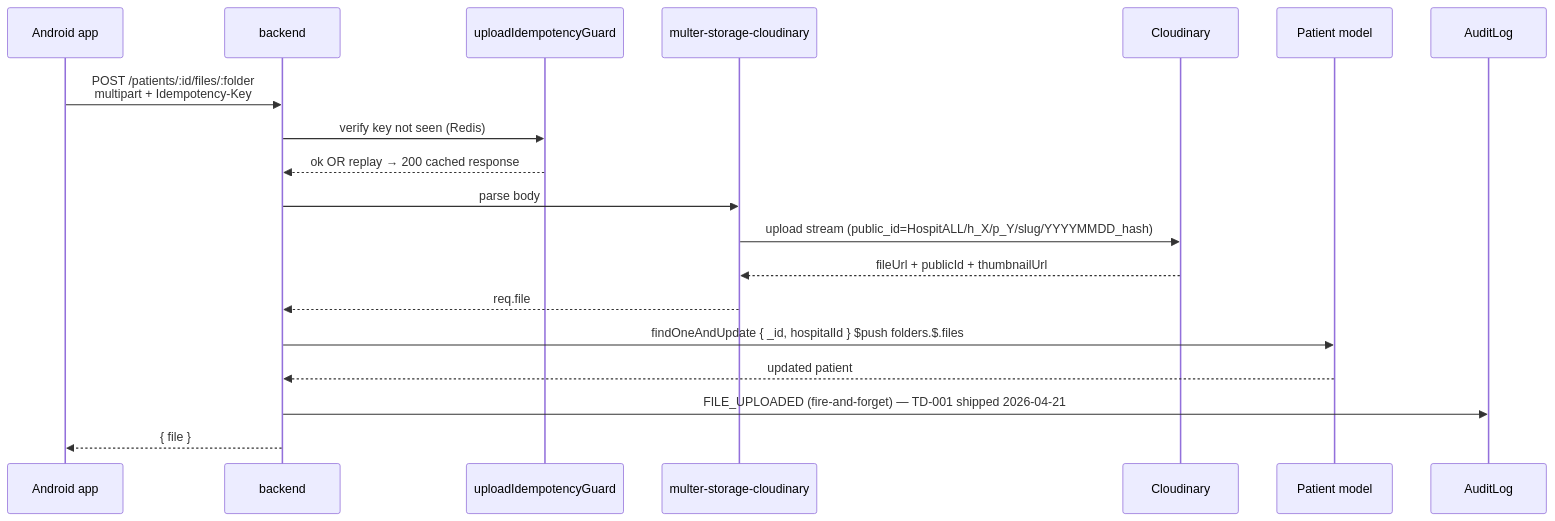
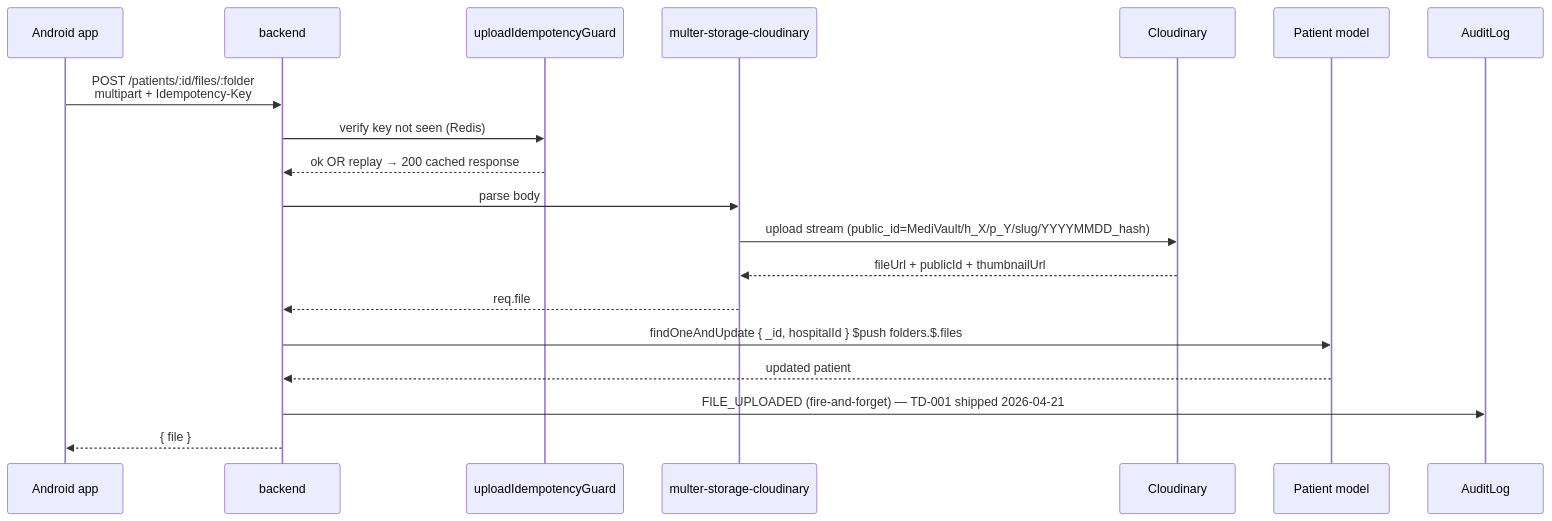
Before and after one commit to urvagandhi/Hospital-Management: the eighth of 30 diagrams in docs/audit/03-architecture-diagrams.md, drawn with Mermaid. The commit also changed other lines of this file and 30 other files, not shown here.

Commit message:
Rename HospitALL to MediVault

````diff
--- a/docs/audit/03-architecture-diagrams.md
+++ b/docs/audit/03-architecture-diagrams.md
@@ -350,22 +350,22 @@
 ```mermaid
 sequenceDiagram
   participant M as Android app
   participant API as backend
   participant IG as uploadIdempotencyGuard
   participant MU as multer-storage-cloudinary
   participant CL as Cloudinary
   participant PT as Patient model
   participant A as AuditLog
 
   M->>API: POST /patients/:id/files/:folder<br/>multipart + Idempotency-Key
   API->>IG: verify key not seen (Redis)
   IG-->>API: ok OR replay → 200 cached response
   API->>MU: parse body
-  MU->>CL: upload stream (public_id=HospitALL/h_X/p_Y/slug/YYYYMMDD_hash)
+  MU->>CL: upload stream (public_id=MediVault/h_X/p_Y/slug/YYYYMMDD_hash)
   CL-->>MU: fileUrl + publicId + thumbnailUrl
   MU-->>API: req.file
   API->>PT: findOneAndUpdate { _id, hospitalId } $push folders.$.files
   PT-->>API: updated patient
   API->>A: FILE_UPLOADED (fire-and-forget) — TD-001 shipped 2026-04-21
   API-->>M: { file }
 ```
````
